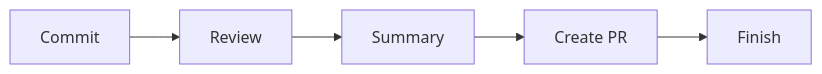
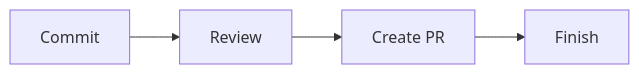
One commit to adeonir/agent-skills changed the diagram in skills/engineering/git-helpers/README.md. Above: the diagram before and after it, drawn with Mermaid. The commit also changed other lines of this file and 8 other files, not shown here.

````diff
--- a/skills/engineering/git-helpers/README.md
+++ b/skills/engineering/git-helpers/README.md
@@ -9,7 +9,6 @@
 ```mermaid
 flowchart LR
     A[Commit] --> B[Review]
-    B --> C[Summary]
-    C --> D[Create PR]
-    D --> E[Finish]
+    B --> C[Create PR]
+    C --> D[Finish]
 ```
````
